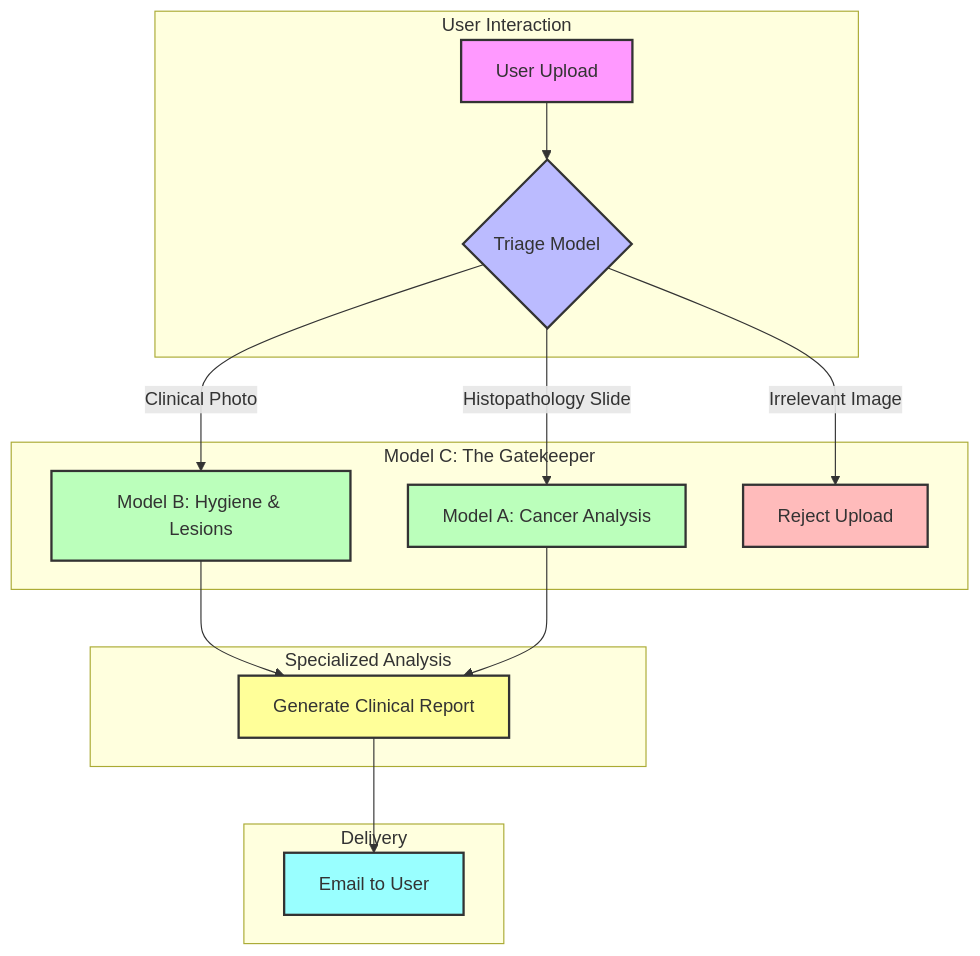
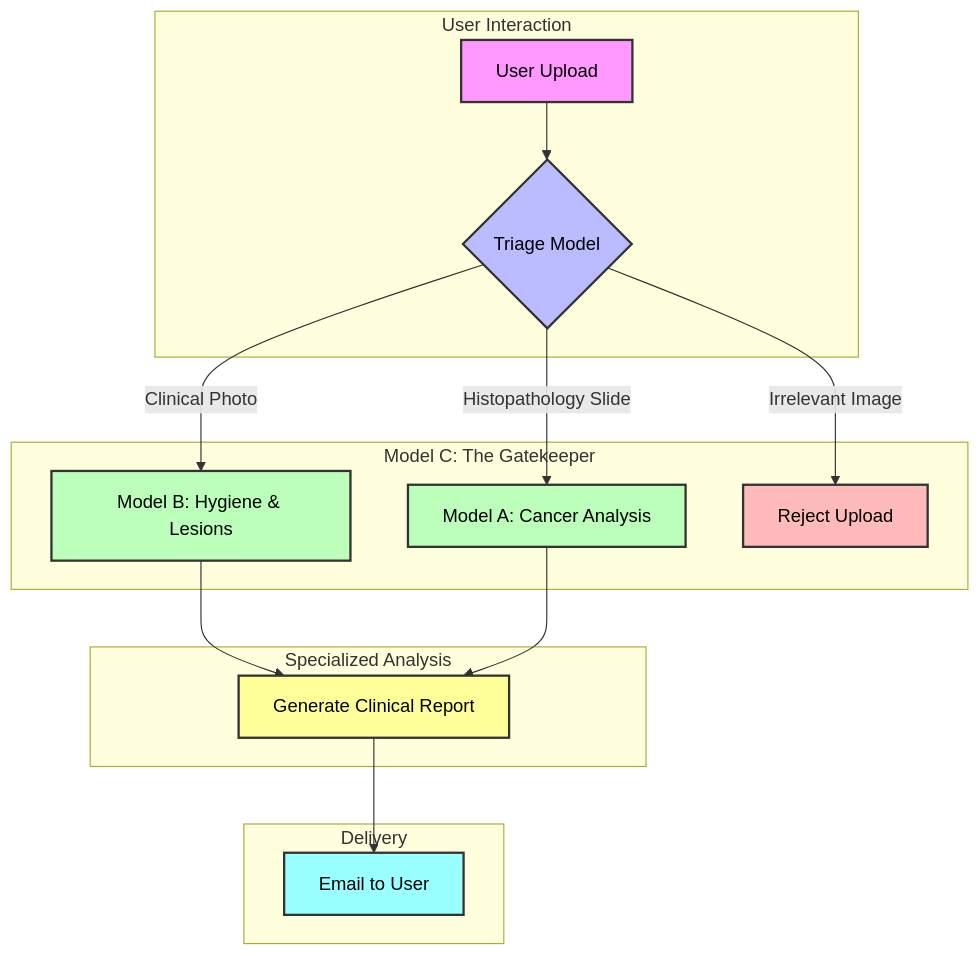
One commit to VanVan120/Oral-Health-Computer-Vision-Model changed the diagram in README.md. Above: the diagram before and after it, drawn with Mermaid.

Commit message:
Fix Mermaid diagram text visibility by forcing black font color

````diff
--- a/README.md
+++ b/README.md
@@ -43,29 +43,29 @@
 ```mermaid
 graph TD
     subgraph User Interaction
         A[User Upload] --> B{Triage Model}
     end
 
     subgraph "Model C: The Gatekeeper"
         B -- "Clinical Photo" --> C[Model B: Hygiene & Lesions]
         B -- "Histopathology Slide" --> D[Model A: Cancer Analysis]
         B -- "Irrelevant Image" --> E[Reject Upload]
     end
 
     subgraph "Specialized Analysis"
         C --> F[Generate Clinical Report]
         D --> F
     end
 
     subgraph "Delivery"
         F --> G[Email to User]
     end
 
-    style A fill:#f9f,stroke:#333,stroke-width:2px
-    style B fill:#bbf,stroke:#333,stroke-width:2px
-    style C fill:#bfb,stroke:#333,stroke-width:2px
-    style D fill:#bfb,stroke:#333,stroke-width:2px
-    style E fill:#fbb,stroke:#333,stroke-width:2px
-    style F fill:#ff9,stroke:#333,stroke-width:2px
-    style G fill:#9ff,stroke:#333,stroke-width:2px
+    style A fill:#f9f,stroke:#333,stroke-width:2px,color:#000
+    style B fill:#bbf,stroke:#333,stroke-width:2px,color:#000
+    style C fill:#bfb,stroke:#333,stroke-width:2px,color:#000
+    style D fill:#bfb,stroke:#333,stroke-width:2px,color:#000
+    style E fill:#fbb,stroke:#333,stroke-width:2px,color:#000
+    style F fill:#ff9,stroke:#333,stroke-width:2px,color:#000
+    style G fill:#9ff,stroke:#333,stroke-width:2px,color:#000
 ```
````
